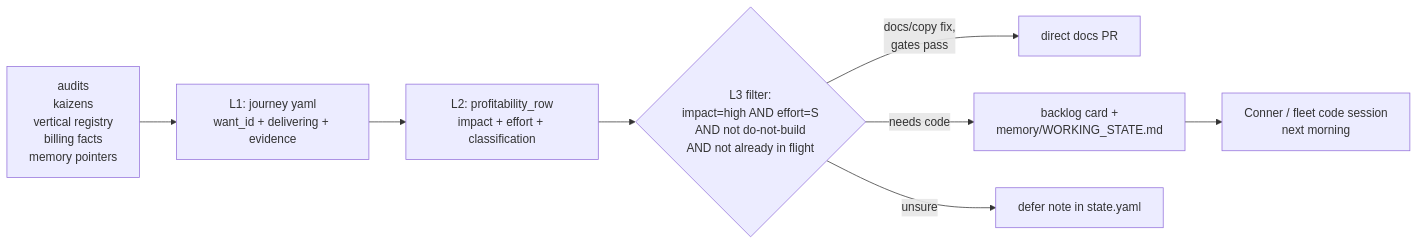
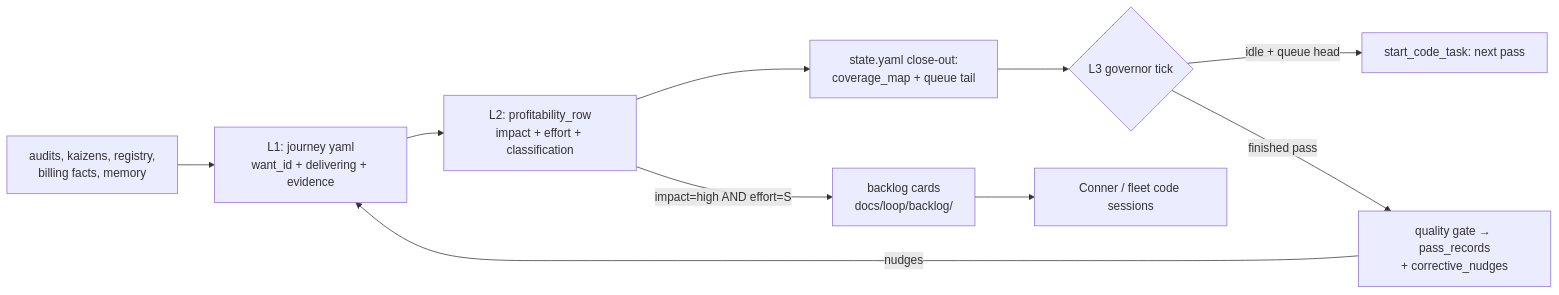
The second of 2 diagrams in docs/loop/00-DESIGN.md (cchambers6/agentplain), drawn with Mermaid before and after one commit. The commit also changed other lines of this file and 6 other files, not shown here.

````diff
--- a/docs/loop/00-DESIGN.md
+++ b/docs/loop/00-DESIGN.md
@@ -56,10 +101,12 @@
 ```mermaid
 flowchart LR
-    A[audits<br/>kaizens<br/>vertical registry<br/>billing facts<br/>memory pointers] --> B[L1: journey yaml<br/>want_id + delivering + evidence]
+    A[audits, kaizens, registry,<br/>billing facts, memory] --> B[L1: journey yaml<br/>want_id + delivering + evidence]
     B --> C[L2: profitability_row<br/>impact + effort + classification]
-    C --> D{L3 filter:<br/>impact=high AND effort=S<br/>AND not do-not-build<br/>AND not already in flight}
-    D -->|docs/copy fix,<br/>gates pass| E[direct docs PR]
-    D -->|needs code| F[backlog card +<br/>memory/WORKING_STATE.md]
-    D -->|unsure| G[defer note in state.yaml]
-    F --> H[Conner / fleet code session<br/>next morning]
+    C -->|impact=high AND effort=S| D[backlog cards<br/>docs/loop/backlog/]
+    C --> E[state.yaml close-out:<br/>coverage_map + queue tail]
+    E --> F{L3 governor tick}
+    F -->|idle + queue head| G[start_code_task: next pass]
+    F -->|finished pass| H[quality gate → pass_records<br/>+ corrective_nudges]
+    H -->|nudges| B
+    D --> I[Conner / fleet code sessions]
 ```
````
